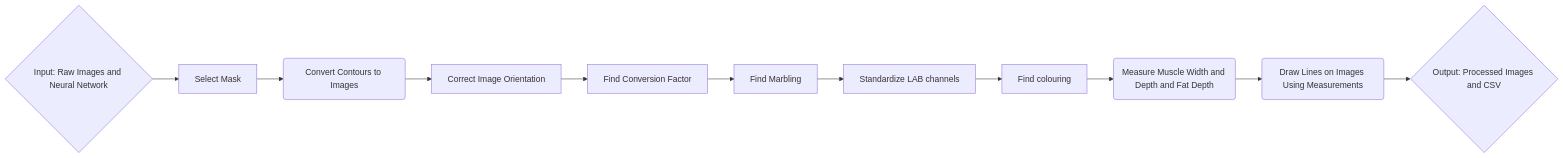
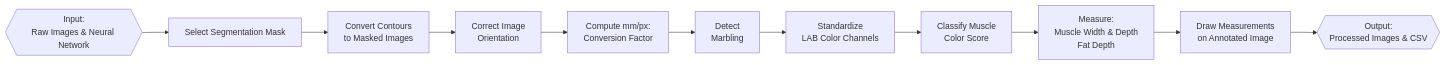
One commit to AAFC-Bioinfo-AAC/pork-vision changed the diagram in README.md. Above: the diagram before and after it, drawn with Mermaid. The commit also changed other lines of this file, not shown here.

````diff
--- a/README.md
+++ b/README.md
@@ -98,13 +44,13 @@
 ```mermaid
-    flowchart LR;
-       A{Input: Raw Images and Neural Network}-->B[Select Mask]
-            B-->C(Convert Contours to Images)
-            C-->D[Correct Image Orientation]
-            D-->E[Find Conversion Factor]
-            E-->F[Find Marbling]
-            F-->G[Standardize LAB channels]
-            G-->H[Find colouring]
-            H-->I(Measure Muscle Width and Depth and Fat Depth)
-            I-->J(Draw Lines on Images Using Measurements)
-            J-->K{Output: Processed Images and CSV}
+flowchart LR
+    A{{Input:<br>Raw Images & Neural Network}} --> B[Select Segmentation Mask]
+    B --> C[Convert Contours<br>to Masked Images]
+    C --> D[Correct Image<br>Orientation]
+    D --> E[Compute mm/px:<br>Conversion Factor]
+    E --> F[Detect<br>Marbling]
+    F --> G[Standardize<br>LAB Color Channels]
+    G --> H[Classify Muscle<br>Color Score]
+    H --> I[Measure:<br>Muscle Width & Depth<br>Fat Depth]
+    I --> J[Draw Measurements<br>on Annotated Image]
+    J --> K{{Output:<br>Processed Images & CSV}}
 ```
````
